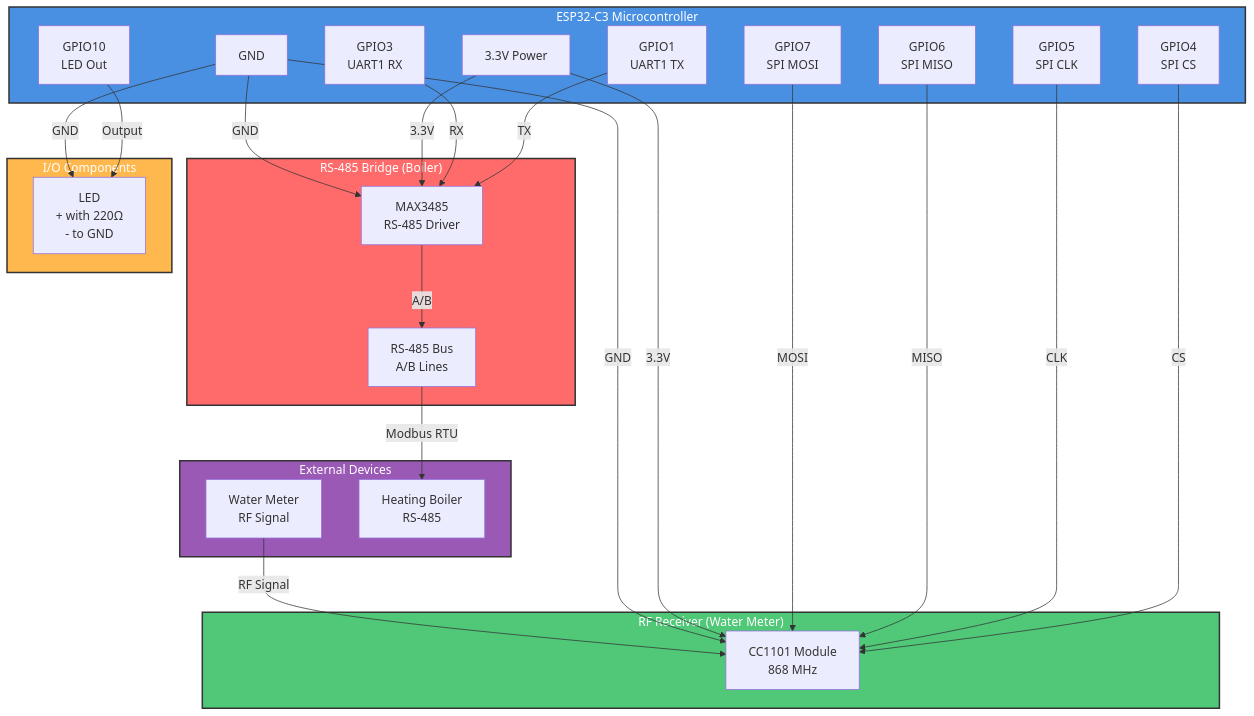
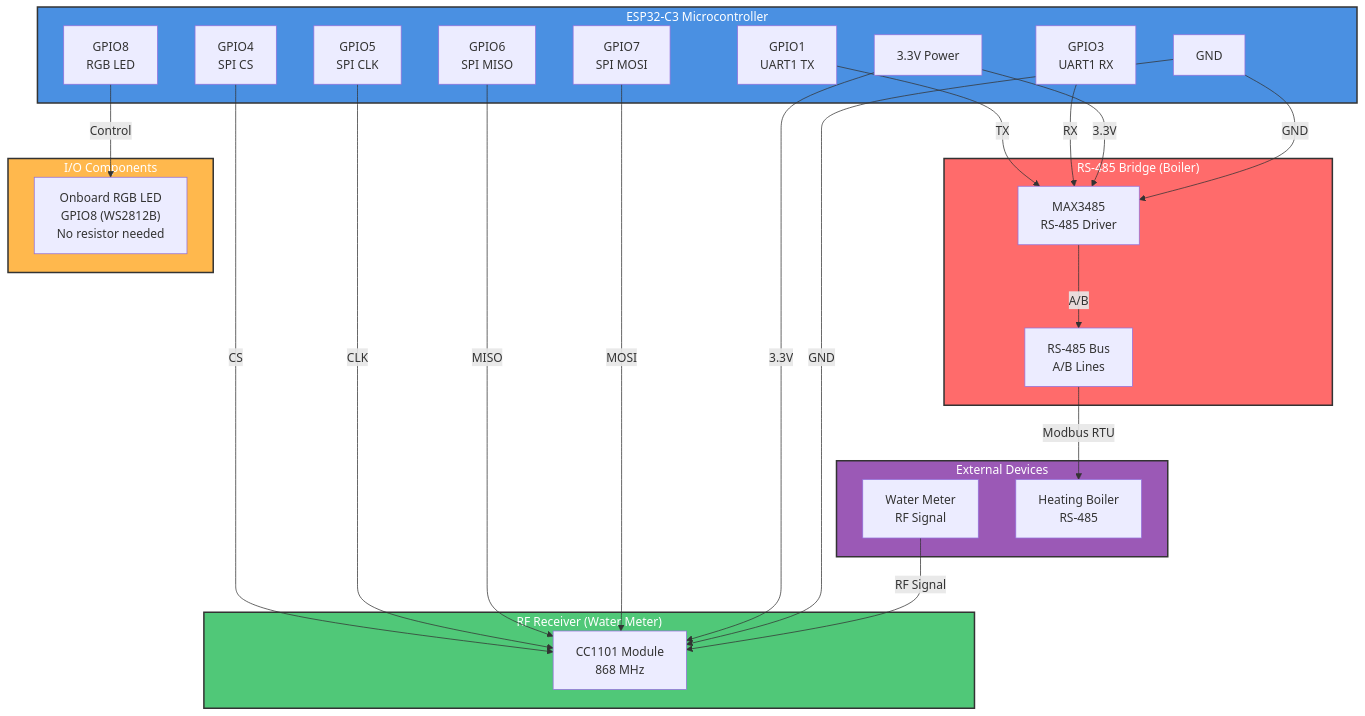
The diagram in hardware-config.md (krzysiekbielicki/water-meter-and-boiler-device), drawn with Mermaid before and after one commit. The commit also changed other lines of this file, not shown here.

First line of the commit message:
Use onboard RGB LED on GPIO8 instead of external LED

````diff
--- a/hardware-config.md
+++ b/hardware-config.md
@@ -214,59 +212,58 @@
 ```mermaid
 graph TB
     subgraph ESP["ESP32-C3 Microcontroller"]
         GPIO1["GPIO1<br/>UART1 TX"]
         GPIO3["GPIO3<br/>UART1 RX"]
         GPIO4["GPIO4<br/>SPI CS"]
         GPIO5["GPIO5<br/>SPI CLK"]
         GPIO6["GPIO6<br/>SPI MISO"]
         GPIO7["GPIO7<br/>SPI MOSI"]
-        GPIO10["GPIO10<br/>LED Out"]
+        GPIO8["GPIO8<br/>RGB LED"]
         PWR3V3["3.3V Power"]
         GND["GND"]
     end
     
     subgraph RF["RF Receiver (Water Meter)"]
         CC1101["CC1101 Module<br/>868 MHz"]
     end
     
     subgraph RS["RS-485 Bridge (Boiler)"]
         MAX3485["MAX3485<br/>RS-485 Driver"]
         RS485BUS["RS-485 Bus<br/>A/B Lines"]
     end
     
     subgraph IO["I/O Components"]
-        LED["LED<br/>+ with 220Ω<br/>- to GND"]
+        LED["Onboard RGB LED<br/>GPIO8 (WS2812B)<br/>No resistor needed"]
     end
     
     subgraph EXT["External Devices"]
         METER["Water Meter<br/>RF Signal"]
         BOILER["Heating Boiler<br/>RS-485"]
     end
     
     %% RF Connections
     GPIO4 -->|CS| CC1101
     GPIO5 -->|CLK| CC1101
     GPIO6 -->|MISO| CC1101
     GPIO7 -->|MOSI| CC1101
     PWR3V3 -->|3.3V| CC1101
     GND -->|GND| CC1101
     METER -->|RF Signal| CC1101
     
     %% RS-485 Connections
     GPIO1 -->|TX| MAX3485
     GPIO3 -->|RX| MAX3485
     PWR3V3 -->|3.3V| MAX3485
     GND -->|GND| MAX3485
     MAX3485 -->|A/B| RS485BUS
     RS485BUS -->|Modbus RTU| BOILER
     
     %% I/O Connections
-    GPIO10 -->|Output| LED
-    GND -->|GND| LED
+    GPIO8 -->|Control| LED
     
     style ESP fill:#4A90E2,stroke:#333,stroke-width:2px,color:#fff
     style RF fill:#50C878,stroke:#333,stroke-width:2px,color:#fff
     style RS fill:#FF6B6B,stroke:#333,stroke-width:2px,color:#fff
     style IO fill:#FFB84D,stroke:#333,stroke-width:2px,color:#fff
     style EXT fill:#9B59B6,stroke:#333,stroke-width:2px,color:#fff
 ```
````
